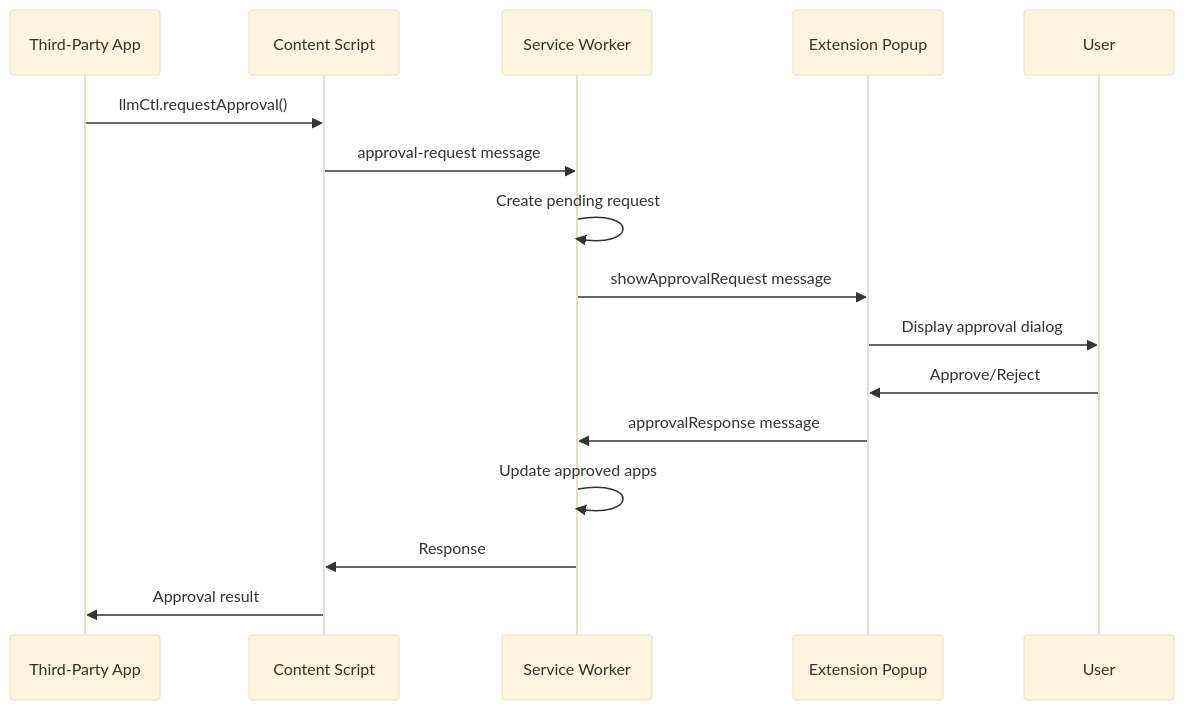
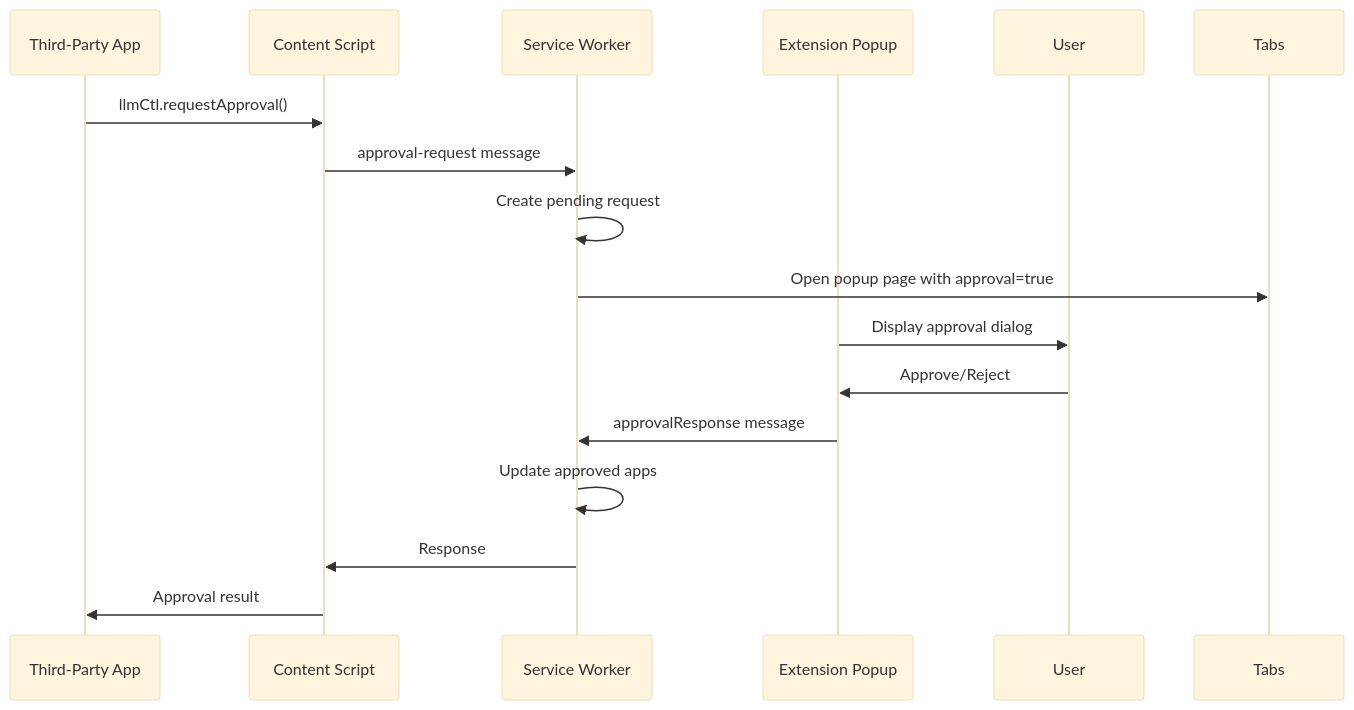
Before and after one commit to baron159/LLLMControlPanel: the diagram in docs/approval-system.md, drawn with Mermaid (base theme). The commit also changed other lines of this file and 7 other files, not shown here.

Commit message:
Approval system: fix popup URL path, add SW endpoints for approved apps (get/refresh), wire Apps view to fetch/render approved apps with Refresh button; update docs for new message types and UI flow

````diff
--- a/docs/approval-system.md
+++ b/docs/approval-system.md
@@ -15,19 +15,19 @@
 ```mermaid
 sequenceDiagram
     participant App as Third-Party App
     participant CS as Content Script
     participant SW as Service Worker
     participant Popup as Extension Popup
     participant User as User
 
     App->>CS: llmCtl.requestApproval()
     CS->>SW: approval-request message
     SW->>SW: Create pending request
-    SW->>Popup: showApprovalRequest message
+    SW->>Tabs: Open popup page with approval=true
     Popup->>User: Display approval dialog
     User->>Popup: Approve/Reject
     Popup->>SW: approvalResponse message
     SW->>SW: Update approved apps
     SW->>CS: Response
     CS->>App: Approval result
 ```
````
